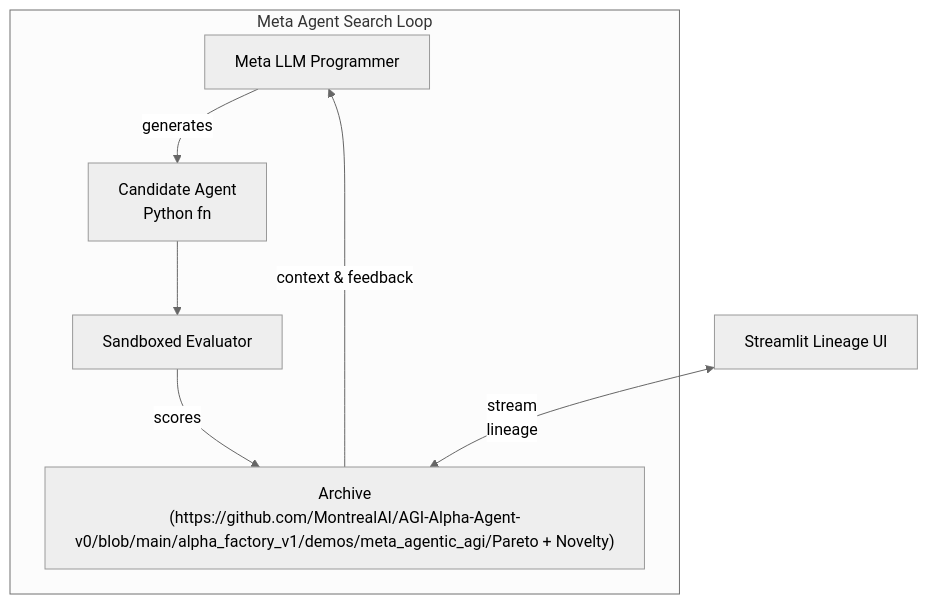
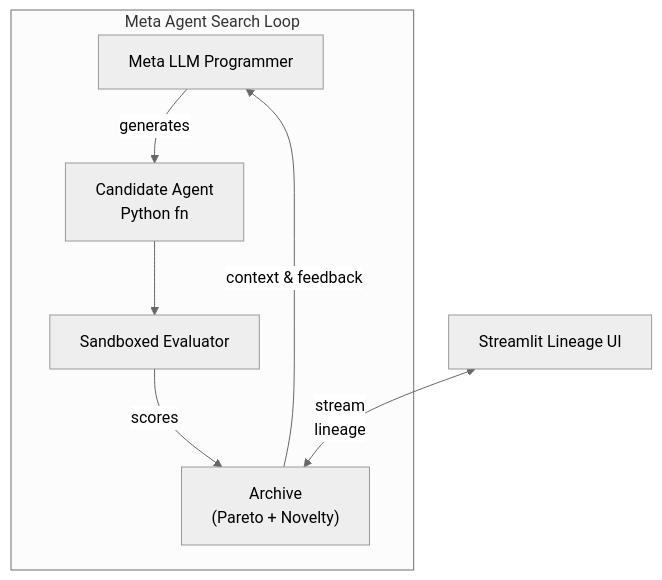
Before and after one commit to MontrealAI/AGI-Alpha-Agent-v0: the second of 3 diagrams in docs/demos/meta_agentic_agi.md, drawn with Mermaid (neutral theme). The commit also changed other lines of this file and 216 other files, not shown here.

````diff
--- a/docs/demos/meta_agentic_agi.md
+++ b/docs/demos/meta_agentic_agi.md
@@ -174,15 +199,15 @@
 ```mermaid
 graph TD
   subgraph "Meta Agent Search Loop"
     MGPT["Meta LLM Programmer"]
     Candidate["Candidate Agent<br/>Python fn"]
     Evaluator["Sandboxed Evaluator"]
-    Archive["Archive<br/>(https://github.com/MontrealAI/AGI-Alpha-Agent-v0/blob/main/alpha_factory_v1/demos/meta_agentic_agi/Pareto + Novelty)"]
+    Archive["Archive<br/>(Pareto + Novelty)"]
     MGPT -->|generates| Candidate
     Candidate --> Evaluator
     Evaluator -->|scores| Archive
     Archive -->|context & feedback| MGPT
   end
   UI["Streamlit Lineage UI"] <-->|stream
 lineage| Archive
 ```
````
